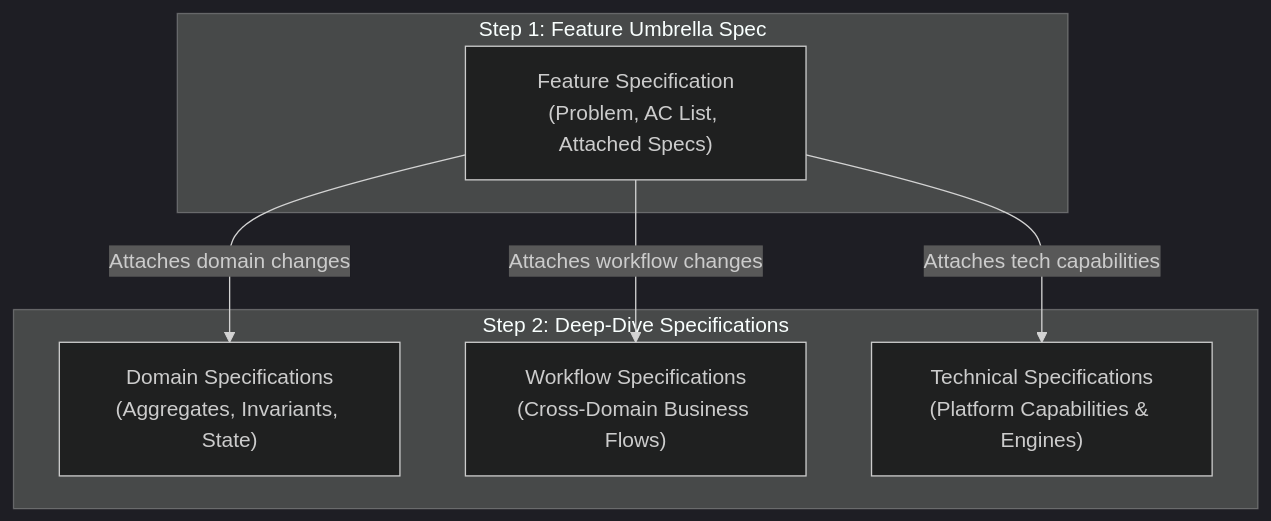
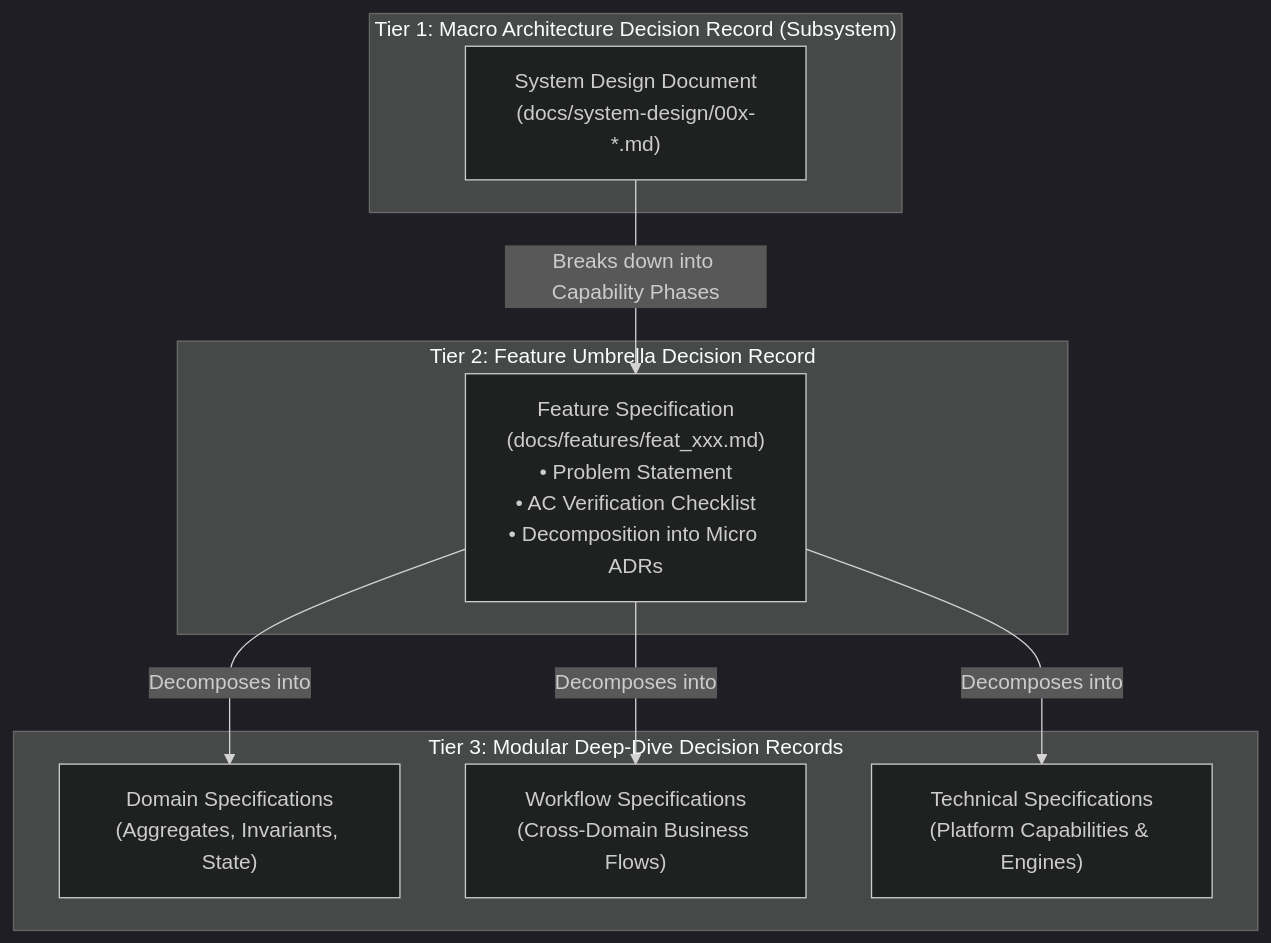
One commit to khinemyaezin/grab changed the diagram in docs/templates/README.md. Above: the diagram before and after it, drawn with Mermaid (dark theme). The commit also changed other lines of this file and 6 other files, not shown here.

Commit message:
feat: refine architectural capability decomposition and feature decisions for multi-regional product discovery

````diff
--- a/docs/templates/README.md
+++ b/docs/templates/README.md
@@ -11,16 +22,21 @@
 ```mermaid
 flowchart TD
-    subgraph Step1 ["Step 1: Feature Umbrella Spec"]
-        F["Feature Specification\n(Problem, AC List, Attached Specs)"]
+    subgraph Tier1 ["Tier 1: Macro Architecture Decision Record (Subsystem)"]
+        SD["System Design Document\n(docs/system-design/00x-*.md)"]
     end
 
-    subgraph Step2 ["Step 2: Deep-Dive Specifications"]
+    subgraph Tier2 ["Tier 2: Feature Umbrella Decision Record"]
+        F["Feature Specification\n(docs/features/feat_xxx.md)\n• Problem Statement\n• AC Verification Checklist\n• Decomposition into Micro ADRs"]
+    end
+
+    subgraph Tier3 ["Tier 3: Modular Deep-Dive Decision Records"]
         D["Domain Specifications\n(Aggregates, Invariants, State)"]
         W["Workflow Specifications\n(Cross-Domain Business Flows)"]
         T["Technical Specifications\n(Platform Capabilities & Engines)"]
     end
 
-    F -->|"Attaches domain changes"| D
-    F -->|"Attaches workflow changes"| W
-    F -->|"Attaches tech capabilities"| T
+    SD -->|"Breaks down into Capability Phases"| F
+    F -->|"Decomposes into"| D
+    F -->|"Decomposes into"| W
+    F -->|"Decomposes into"| T
 ```
````
